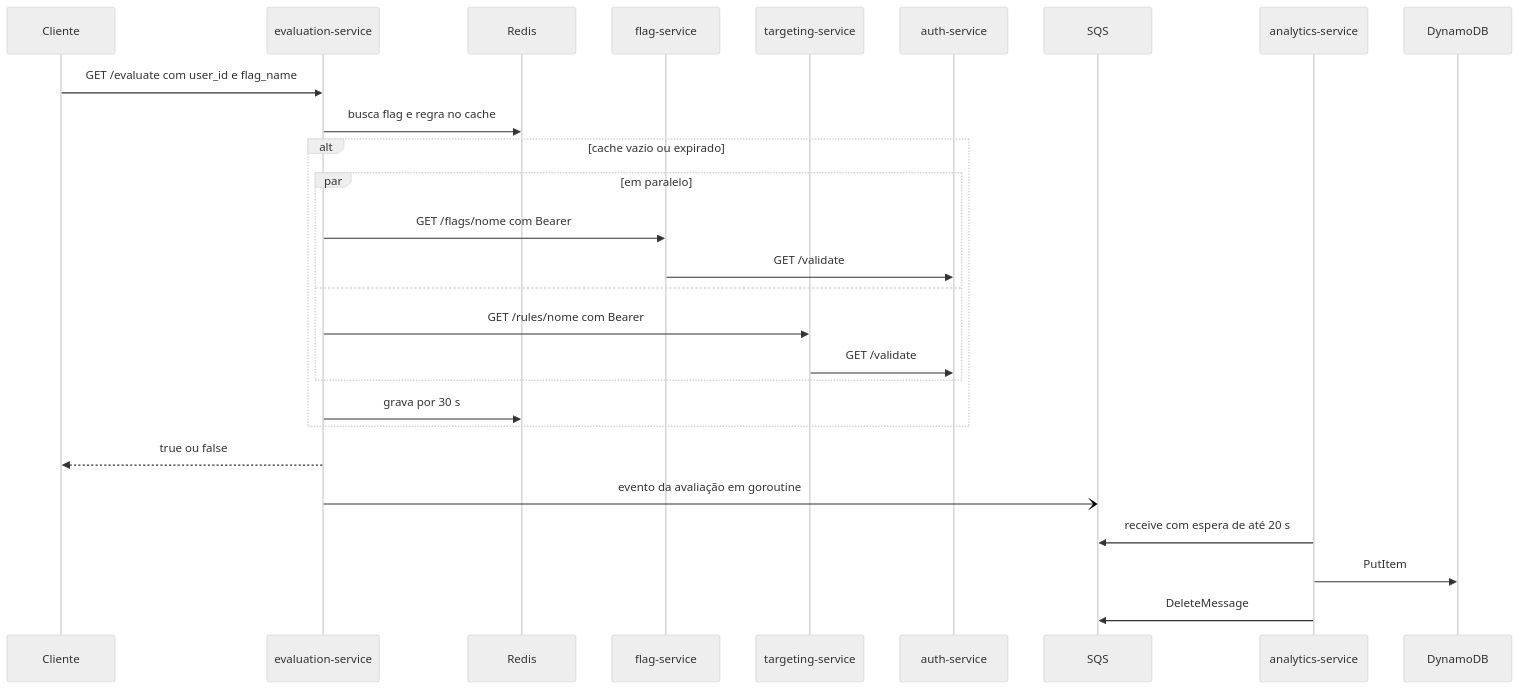
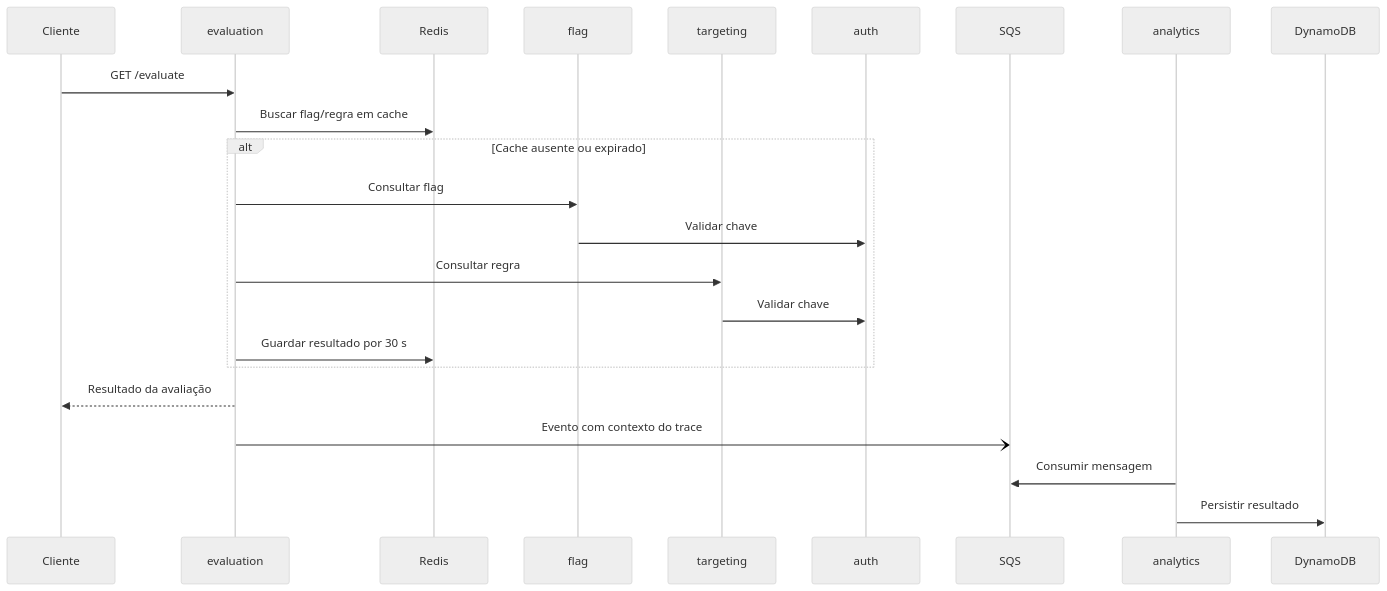
The first of 4 diagrams in docs/ARQUITETURA.md (fiap-devops-arqcloud-2026/tech-challenge-04), drawn with Mermaid (neutral theme) before and after one commit. The commit also changed other lines of this file and 67 other files, not shown here.

````diff
--- a/docs/ARQUITETURA.md
+++ b/docs/ARQUITETURA.md
@@ -43,30 +17,25 @@
 ```mermaid
 sequenceDiagram
     participant C as Cliente
-    participant E as evaluation-service
+    participant E as evaluation
     participant R as Redis
-    participant F as flag-service
-    participant T as targeting-service
-    participant A as auth-service
+    participant F as flag
+    participant T as targeting
+    participant A as auth
     participant Q as SQS
-    participant N as analytics-service
+    participant N as analytics
     participant D as DynamoDB
-
-    C->>E: GET /evaluate com user_id e flag_name
-    E->>R: busca flag e regra no cache
-    alt cache vazio ou expirado
-        par em paralelo
-            E->>F: GET /flags/nome com Bearer
-            F->>A: GET /validate
-        and
-            E->>T: GET /rules/nome com Bearer
-            T->>A: GET /validate
-        end
-        E->>R: grava por 30 s
+    C->>E: GET /evaluate
+    E->>R: Buscar flag/regra em cache
+    alt Cache ausente ou expirado
+        E->>F: Consultar flag
+        F->>A: Validar chave
+        E->>T: Consultar regra
+        T->>A: Validar chave
+        E->>R: Guardar resultado por 30 s
     end
-    E-->>C: true ou false
-    E-)Q: evento da avaliação em goroutine
-    N->>Q: receive com espera de até 20 s
-    N->>D: PutItem
-    N->>Q: DeleteMessage
+    E-->>C: Resultado da avaliação
+    E-)Q: Evento com contexto do trace
+    N->>Q: Consumir mensagem
+    N->>D: Persistir resultado
 ```
````
